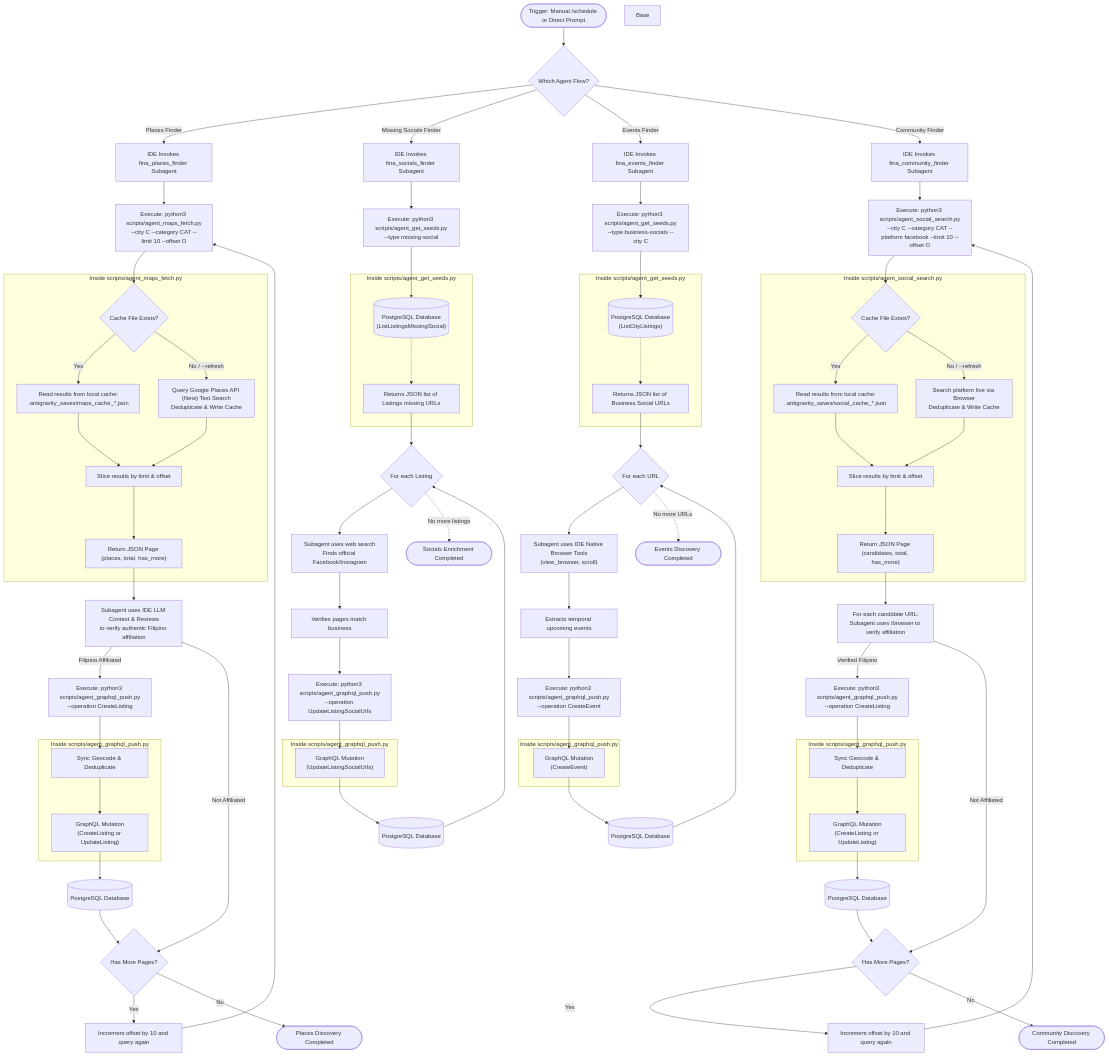
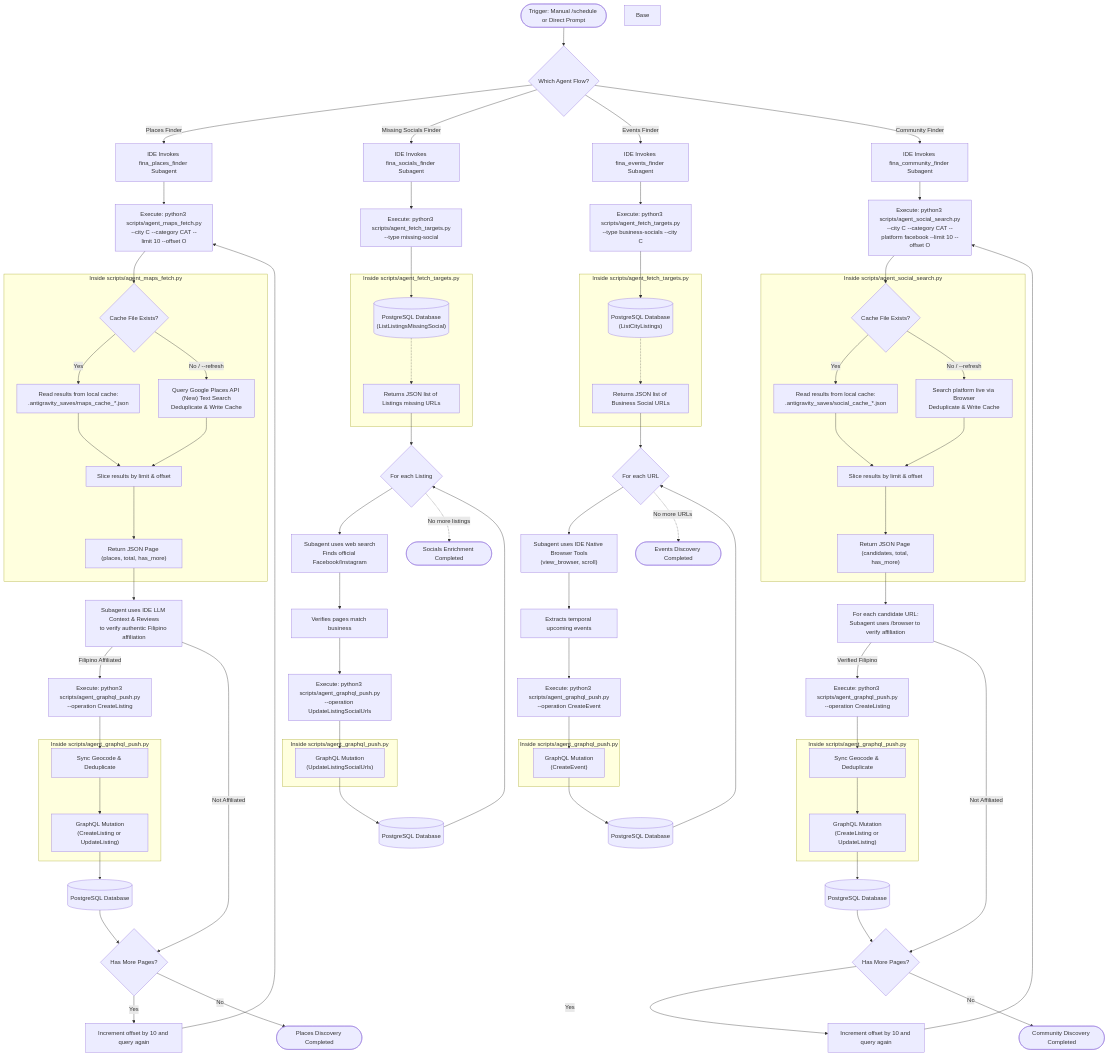
The diagram in docs/guides/ide_agent_architecture.md (deriveraryan/fina-agent), drawn with Mermaid before and after one commit. The commit also changed other lines of this file and 16 other files, not shown here.

Commit message:
feat: rename agent_get_seeds to agent_fetch_targets, update tests/docs, and standardize agent report formats

```diff
--- a/docs/guides/ide_agent_architecture.md
+++ b/docs/guides/ide_agent_architecture.md
@@ -54,9 +54,9 @@
 Base
     %% ════════ 2. MISSING SOCIALS FINDER FLOW (BACKFILL) ════════
     SelectSubagent -->|Missing Socials Finder| InvokeSocialsFinder["IDE Invokes fina_socials_finder Subagent"]
-    InvokeSocialsFinder --> ExecGetMissingSocial["Execute: python3 scripts/agent_get_seeds.py<br>--type missing-social"]
+    InvokeSocialsFinder --> ExecGetMissingSocial["Execute: python3 scripts/agent_fetch_targets.py<br>--type missing-social"]
     
-    subgraph agent_get_missing_social["Inside scripts/agent_get_seeds.py"]
+    subgraph agent_fetch_missing_social["Inside scripts/agent_fetch_targets.py"]
         DBQueryMissingSocial[("PostgreSQL Database<br>(ListListingsMissingSocial)")]
         ReturnMissingSocial["Returns JSON list of Listings missing URLs"]
     end
@@ -81,9 +81,9 @@
     
     %% ════════ 3. EVENTS FINDER FLOW (BUSINESS PAGES) ════════
     SelectSubagent -->|Events Finder| InvokeEventsFinder["IDE Invokes fina_events_finder Subagent"]
-    InvokeEventsFinder --> ExecGetBusinessSocial["Execute: python3 scripts/agent_get_seeds.py<br>--type business-socials --city C"]
+    InvokeEventsFinder --> ExecGetBusinessSocial["Execute: python3 scripts/agent_fetch_targets.py<br>--type business-socials --city C"]
     
-    subgraph agent_get_business_social["Inside scripts/agent_get_seeds.py"]
+    subgraph agent_fetch_business_social["Inside scripts/agent_fetch_targets.py"]
         DBQueryBusinessSocial[("PostgreSQL Database<br>(ListCityListings)")]
         ReturnBusinessSocial["Returns JSON list of Business Social URLs"]
     end
```
